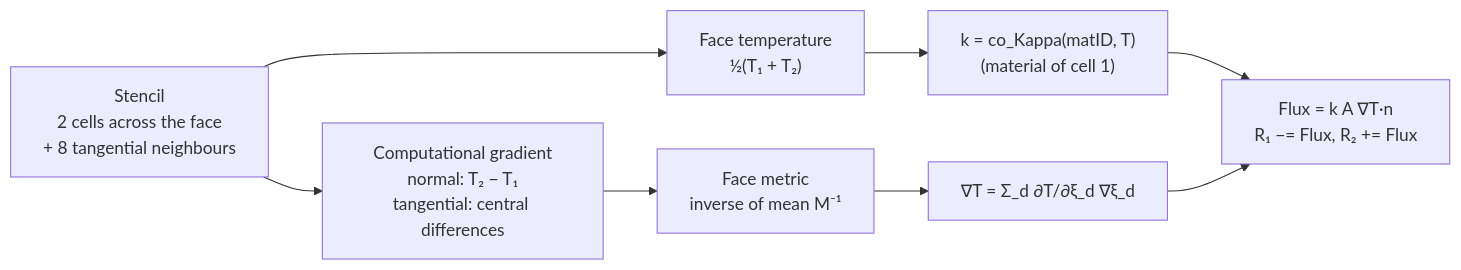
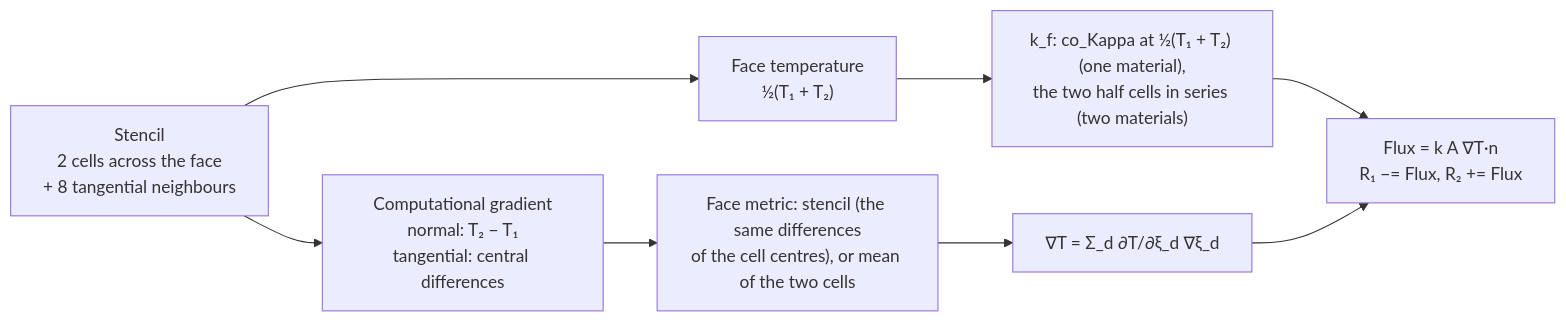
One commit to open-hydra/FUSS changed the fifth of 6 diagrams in docs/development/structure.md. Above: the diagram before and after it, drawn with Mermaid. The commit also changed other lines of this file and 36 other files, not shown here.

````diff
--- a/docs/development/structure.md
+++ b/docs/development/structure.md
@@ -234,10 +234,10 @@
 ```mermaid
 flowchart LR
     A["Stencil<br/>2 cells across the face<br/>+ 8 tangential neighbours"] --> D["Computational gradient<br/>normal: T₂ − T₁<br/>tangential: central differences"]
     A --> B["Face temperature<br/>½(T₁ + T₂)"]
-    B --> C["k = co_Kappa(matID, T)<br/>(material of cell 1)"]
-    D --> E["Face metric<br/>inverse of mean M⁻¹"]
+    B --> C["k_f: co_Kappa at ½(T₁ + T₂) (one material),<br/>the two half cells in series (two materials)"]
+    D --> E["Face metric: stencil (the same differences<br/>of the cell centres), or mean of the two cells"]
     E --> G["∇T = Σ_d ∂T/∂ξ_d ∇ξ_d"]
     C --> F["Flux = k A ∇T·n<br/>R₁ −= Flux, R₂ += Flux"]
     G --> F
 ```
````
